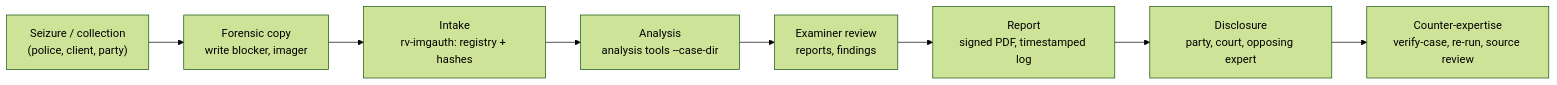
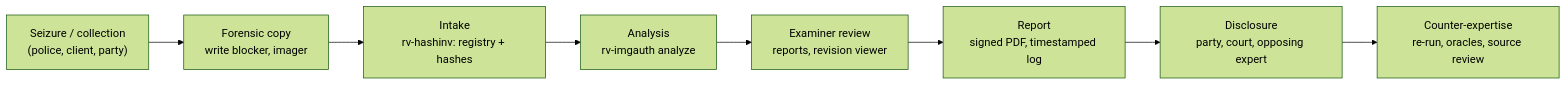
The first of 2 diagrams in docs/admissibility.md (Panacota96/rv-imgauth), drawn with Mermaid (forest theme) before and after one commit. The commit also changed other lines of this file and 84 other files, not shown here.

````diff
--- a/docs/admissibility.md
+++ b/docs/admissibility.md
@@ -93,10 +85,10 @@
 ```mermaid
 flowchart LR
     A["Seizure / collection<br/>(police, client, party)"] --> B["Forensic copy<br/>write blocker, imager"]
-    B --> C["Intake<br/>rv-imgauth: registry + hashes"]
-    C --> D["Analysis<br/>analysis tools --case-dir"]
-    D --> E["Examiner review<br/>reports, findings"]
+    B --> C["Intake<br/>rv-hashinv: registry + hashes"]
+    C --> D["Analysis<br/>rv-imgauth analyze"]
+    D --> E["Examiner review<br/>reports, revision viewer"]
     E --> F["Report<br/>signed PDF, timestamped log"]
     F --> G["Disclosure<br/>party, court, opposing expert"]
-    G --> H["Counter-expertise<br/>verify-case, re-run, source review"]
+    G --> H["Counter-expertise<br/>re-run, oracles, source review"]
 ```
````
